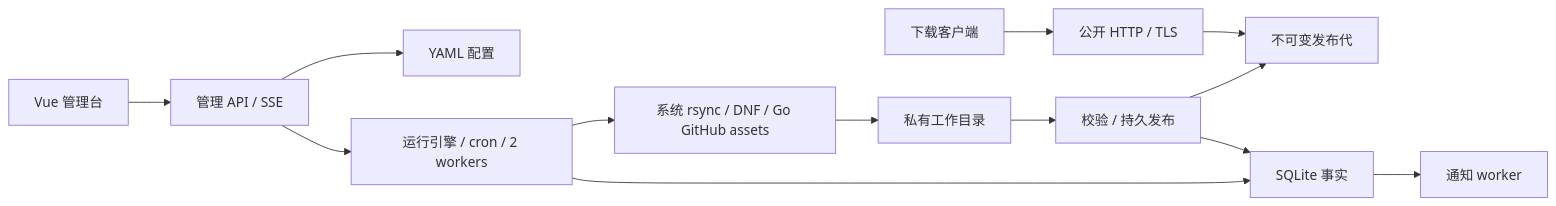
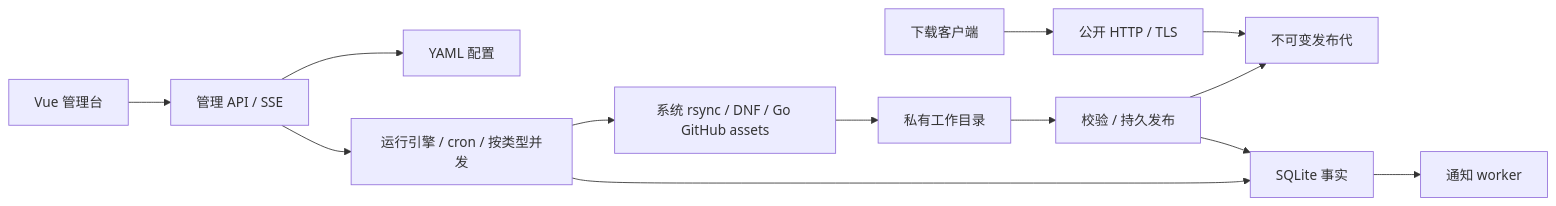
The diagram in docs/DESIGN.md (jiazixin/mirrordock), drawn with Mermaid before and after one commit. The commit also changed other lines of this file and 10 other files, not shown here.

````diff
--- a/docs/DESIGN.md
+++ b/docs/DESIGN.md
@@ -9,15 +9,15 @@
 ```mermaid
 flowchart LR
     UI[Vue 管理台] --> API[管理 API / SSE]
     API --> CFG[YAML 配置]
-    API --> RUN[运行引擎 / cron / 2 workers]
+    API --> RUN[运行引擎 / cron / 按类型并发]
     RUN --> EXEC[系统 rsync / DNF / Go GitHub assets]
     EXEC --> WORK[私有工作目录]
     WORK --> VALID[校验 / 持久发布]
     VALID --> PUB[不可变发布代]
     CLIENT[下载客户端] --> HTTP[公开 HTTP / TLS]
     HTTP --> PUB
     RUN --> DB[SQLite 事实]
     VALID --> DB
     DB --> NOTIFY[通知 worker]
 ```
````
